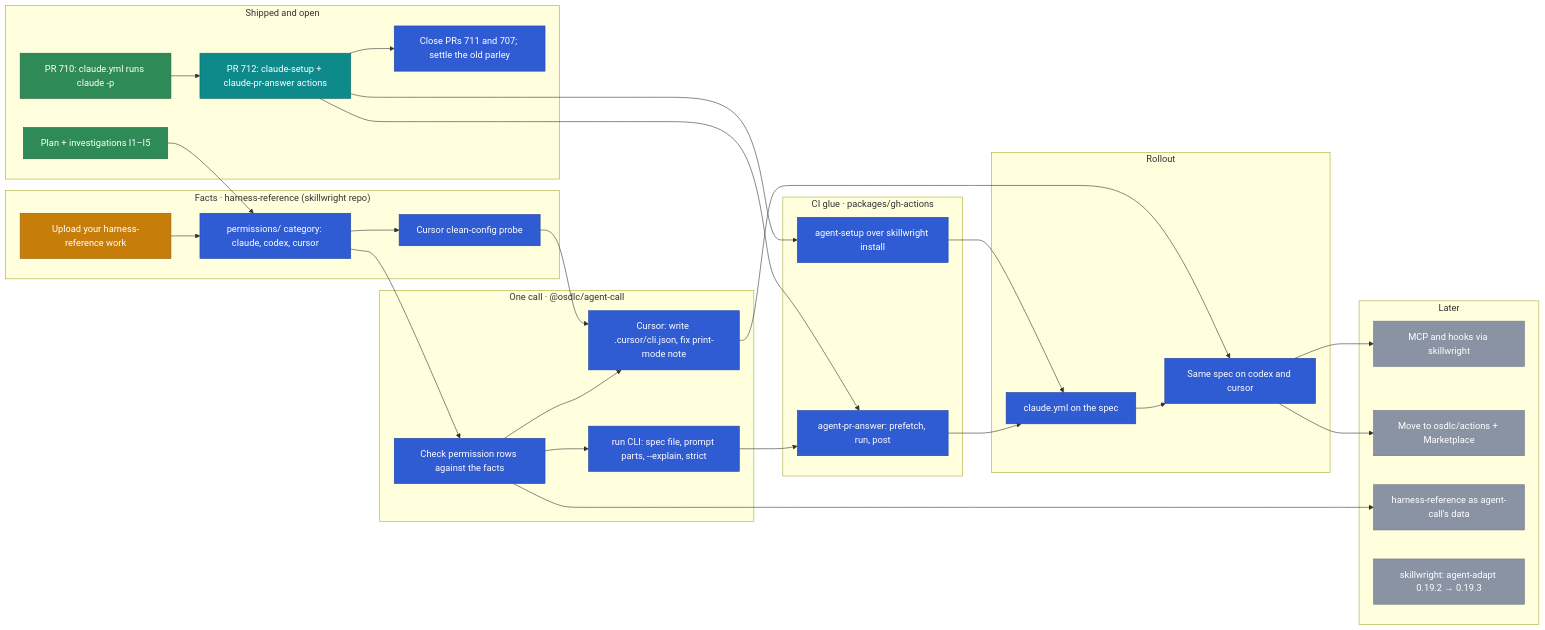
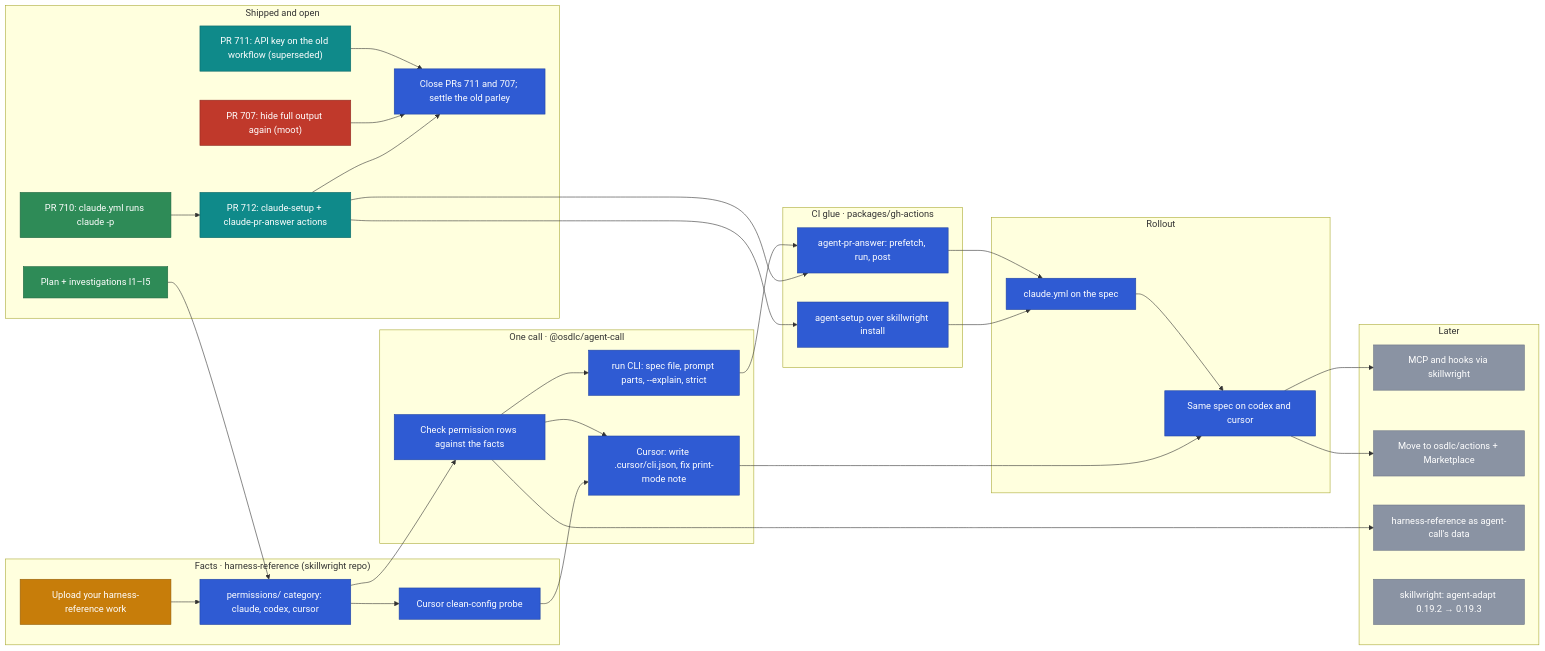
One commit to osdlc/osdlc changed the diagram in docs/planning/agent-ci.md. Above: the diagram before and after it, drawn with Mermaid. The commit also changed other lines of this file, not shown here.

Commit message:
docs(planning): add a PR tracker and a blocked status to the plan

````diff
--- a/docs/planning/agent-ci.md
+++ b/docs/planning/agent-ci.md
@@ -26,65 +26,71 @@
 ```mermaid
 flowchart LR
   subgraph now["Shipped and open"]
     W710["PR 710: claude.yml runs claude -p"]
     P712["PR 712: claude-setup + claude-pr-answer actions"]
     PLAN["Plan + investigations I1–I5"]
+    P707["PR 707: hide full output again (moot)"]
+    P711["PR 711: API key on the old workflow (superseded)"]
     CLOSE["Close PRs 711 and 707; settle the old parley"]
   end
   subgraph facts["Facts · harness-reference (skillwright repo)"]
     UP["Upload your harness-reference work"]
     PERM["permissions/ category: claude, codex, cursor"]
     PROBE["Cursor clean-config probe"]
   end
   subgraph call["One call · @osdlc/agent-call"]
     CHECK["Check permission rows against the facts"]
     CUR["Cursor: write .cursor/cli.json, fix print-mode note"]
     RUN["run CLI: spec file, prompt parts, --explain, strict"]
   end
   subgraph acts["CI glue · packages/gh-actions"]
     SETUP["agent-setup over skillwright install"]
     ANS["agent-pr-answer: prefetch, run, post"]
   end
   subgraph roll["Rollout"]
     SPEC["claude.yml on the spec"]
     MULTI["Same spec on codex and cursor"]
   end
   subgraph later["Later"]
     MCP["MCP and hooks via skillwright"]
     PUB["Move to osdlc/actions + Marketplace"]
     DATA["harness-reference as agent-call's data"]
     PIN["skillwright: agent-adapt 0.19.2 → 0.19.3"]
   end
 
   W710 --> P712
   P712 --> CLOSE
+  P707 --> CLOSE
+  P711 --> CLOSE
   UP --> PERM
   PLAN --> PERM
   PERM --> PROBE
   PERM --> CHECK
   PROBE --> CUR
   CHECK --> CUR
   CHECK --> RUN
   P712 --> SETUP
   P712 --> ANS
   RUN --> ANS
   SETUP --> SPEC
   ANS --> SPEC
   CUR --> MULTI
   SPEC --> MULTI
   MULTI --> MCP
   MULTI --> PUB
   CHECK --> DATA
 
   classDef done fill:#2e8b57,stroke:#1f6640,color:#ffffff
   classDef review fill:#0f8a8a,stroke:#0a6666,color:#ffffff
   classDef ready fill:#7a4fc2,stroke:#5a3596,color:#ffffff
+  classDef blocked fill:#c0392b,stroke:#8e2a20,color:#ffffff
   classDef active fill:#c77d0a,stroke:#94600a,color:#ffffff
   classDef next fill:#2f5bd3,stroke:#2144a3,color:#ffffff
   classDef later fill:#8a93a3,stroke:#6b7384,color:#ffffff
   class W710,PLAN done
-  class P712 review
+  class P712,P711 review
+  class P707 blocked
   class UP active
   class CLOSE,PERM,PROBE,CHECK,CUR,RUN,SETUP,ANS,SPEC,MULTI next
   class MCP,PUB,DATA,PIN later
 ```
````
